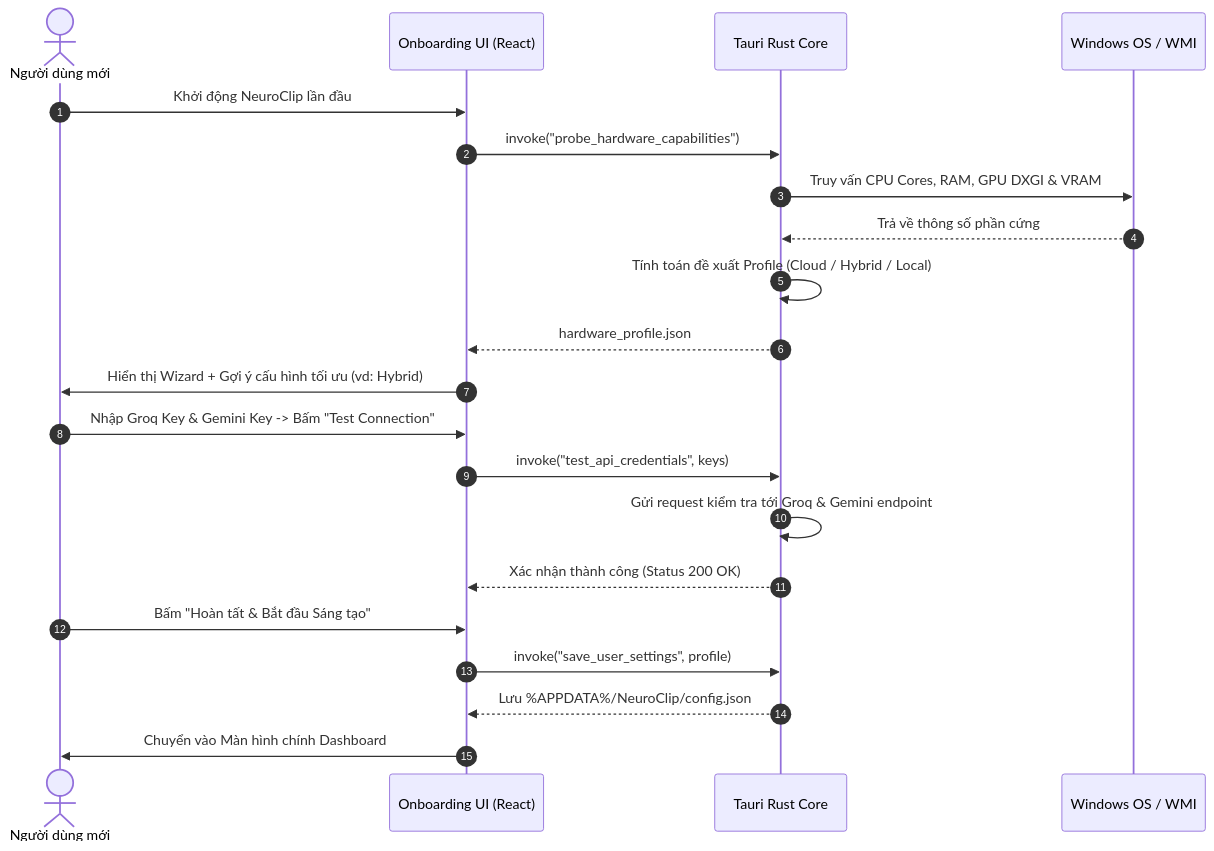
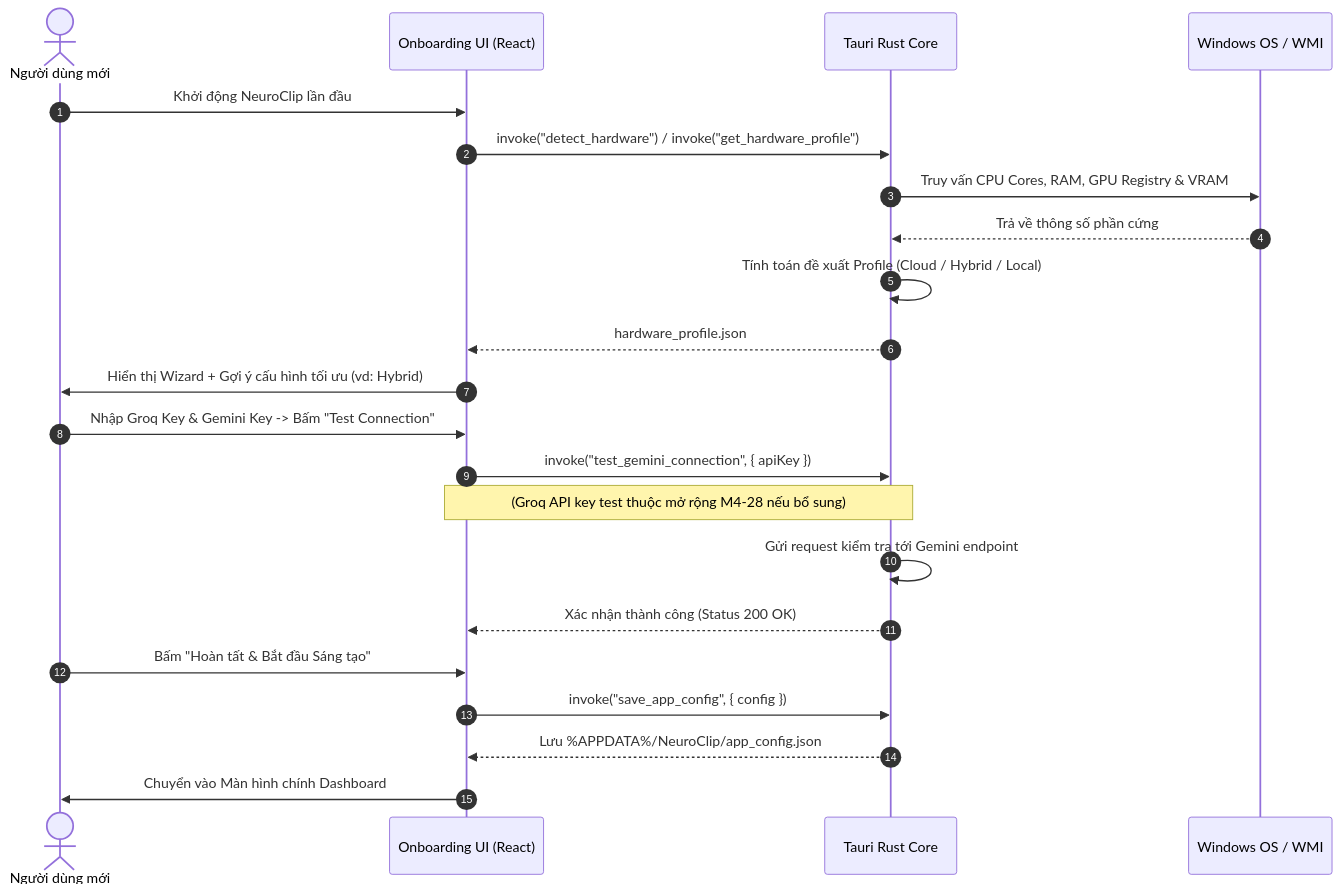
Before and after one commit to Nashidiwa/neuroclip: the second of 7 diagrams in docs/ARCHITECTURE.md, drawn with Mermaid. The commit also changed other lines of this file and 5 other files, not shown here.

````diff
--- a/docs/ARCHITECTURE.md
+++ b/docs/ARCHITECTURE.md
@@ -161,24 +163,25 @@
 ```mermaid
 sequenceDiagram
     autonumber
     actor User as Người dùng mới
     participant UI as Onboarding UI (React)
     participant Rust as Tauri Rust Core
     participant Sys as Windows OS / WMI
 
     User->>UI: Khởi động NeuroClip lần đầu
-    UI->>Rust: invoke("probe_hardware_capabilities")
-    Rust->>Sys: Truy vấn CPU Cores, RAM, GPU DXGI & VRAM
+    UI->>Rust: invoke("detect_hardware") / invoke("get_hardware_profile")
+    Rust->>Sys: Truy vấn CPU Cores, RAM, GPU Registry & VRAM
     Sys-->>Rust: Trả về thông số phần cứng
     Rust->>Rust: Tính toán đề xuất Profile (Cloud / Hybrid / Local)
     Rust-->>UI: hardware_profile.json
     UI->>User: Hiển thị Wizard + Gợi ý cấu hình tối ưu (vd: Hybrid)
     User->>UI: Nhập Groq Key & Gemini Key -> Bấm "Test Connection"
-    UI->>Rust: invoke("test_api_credentials", keys)
-    Rust->>Rust: Gửi request kiểm tra tới Groq & Gemini endpoint
+    UI->>Rust: invoke("test_gemini_connection", { apiKey })
+    Note over UI,Rust: (Groq API key test thuộc mở rộng M4-28 nếu bổ sung)
+    Rust->>Rust: Gửi request kiểm tra tới Gemini endpoint
     Rust-->>UI: Xác nhận thành công (Status 200 OK)
     User->>UI: Bấm "Hoàn tất & Bắt đầu Sáng tạo"
-    UI->>Rust: invoke("save_user_settings", profile)
-    Rust-->>UI: Lưu %APPDATA%/NeuroClip/config.json
+    UI->>Rust: invoke("save_app_config", { config })
+    Rust-->>UI: Lưu %APPDATA%/NeuroClip/app_config.json
     UI->>User: Chuyển vào Màn hình chính Dashboard
 ```
````
